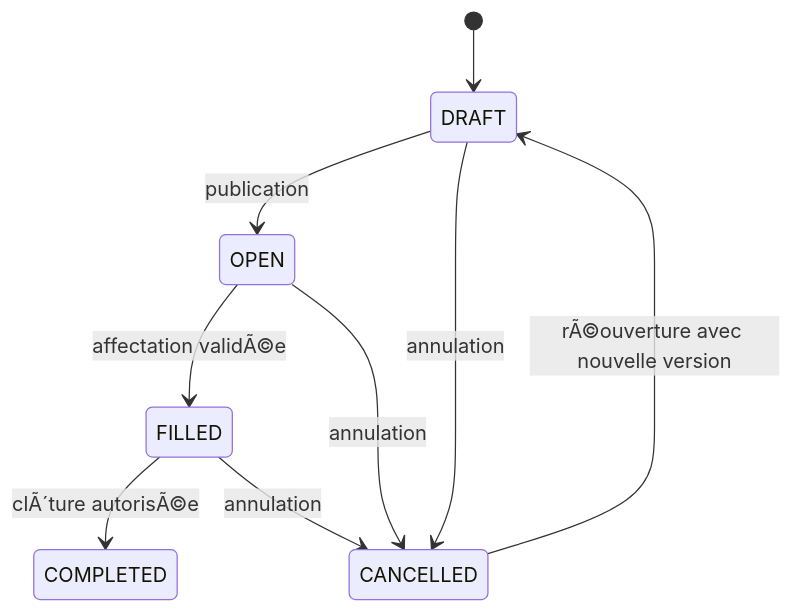
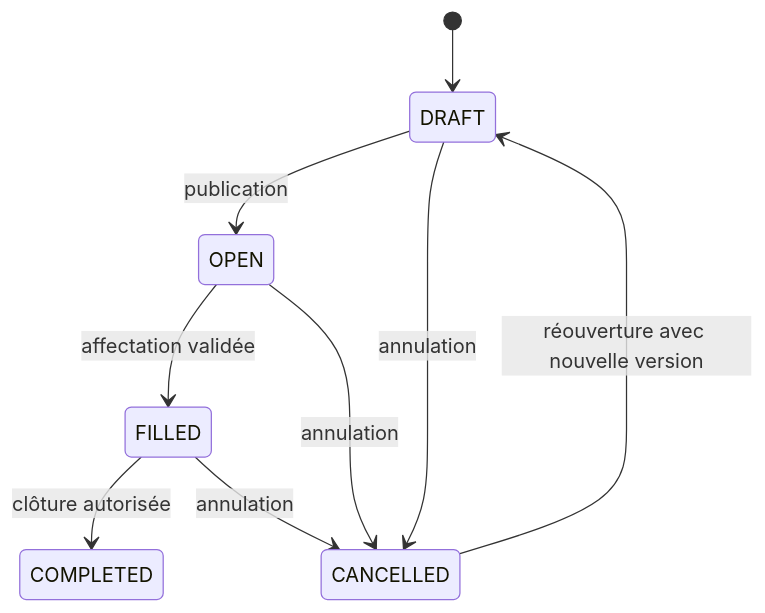
One commit to lebretyves/Infimactch_Prod changed the sixth of 8 diagrams in docs/FLUX_V1.md. Above: the diagram before and after it, drawn with Mermaid. The commit also changed other lines of this file and 67 other files, not shown here.

Commit message:
docs: refresh architecture flows and delivery documentation

````diff
--- a/docs/FLUX_V1.md
+++ b/docs/FLUX_V1.md
@@ -91,11 +112,11 @@
 ```mermaid
 stateDiagram-v2
     [*] --> DRAFT
     DRAFT --> OPEN: publication
-    OPEN --> FILLED: affectation validÃ©e
-    FILLED --> COMPLETED: clÃ´ture autorisÃ©e
+    OPEN --> FILLED: affectation validée
+    FILLED --> COMPLETED: clôture autorisée
     DRAFT --> CANCELLED: annulation
     OPEN --> CANCELLED: annulation
     FILLED --> CANCELLED: annulation
-    CANCELLED --> DRAFT: rÃ©ouverture avec nouvelle version
+    CANCELLED --> DRAFT: réouverture avec nouvelle version
 ```
````
